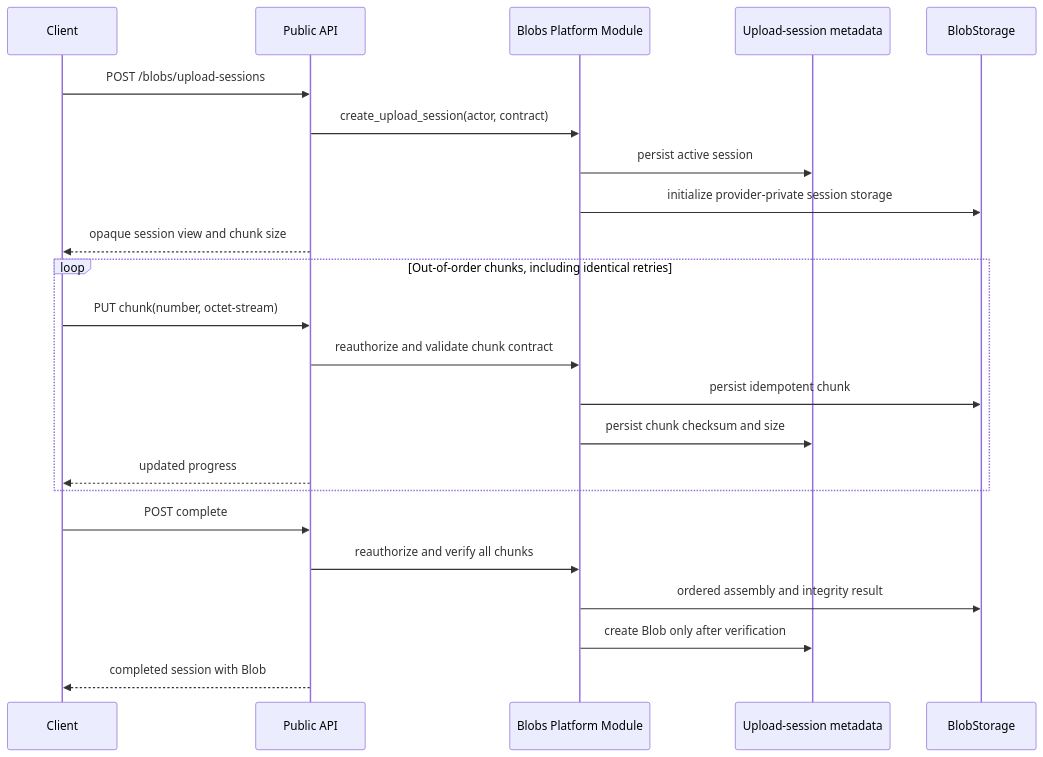
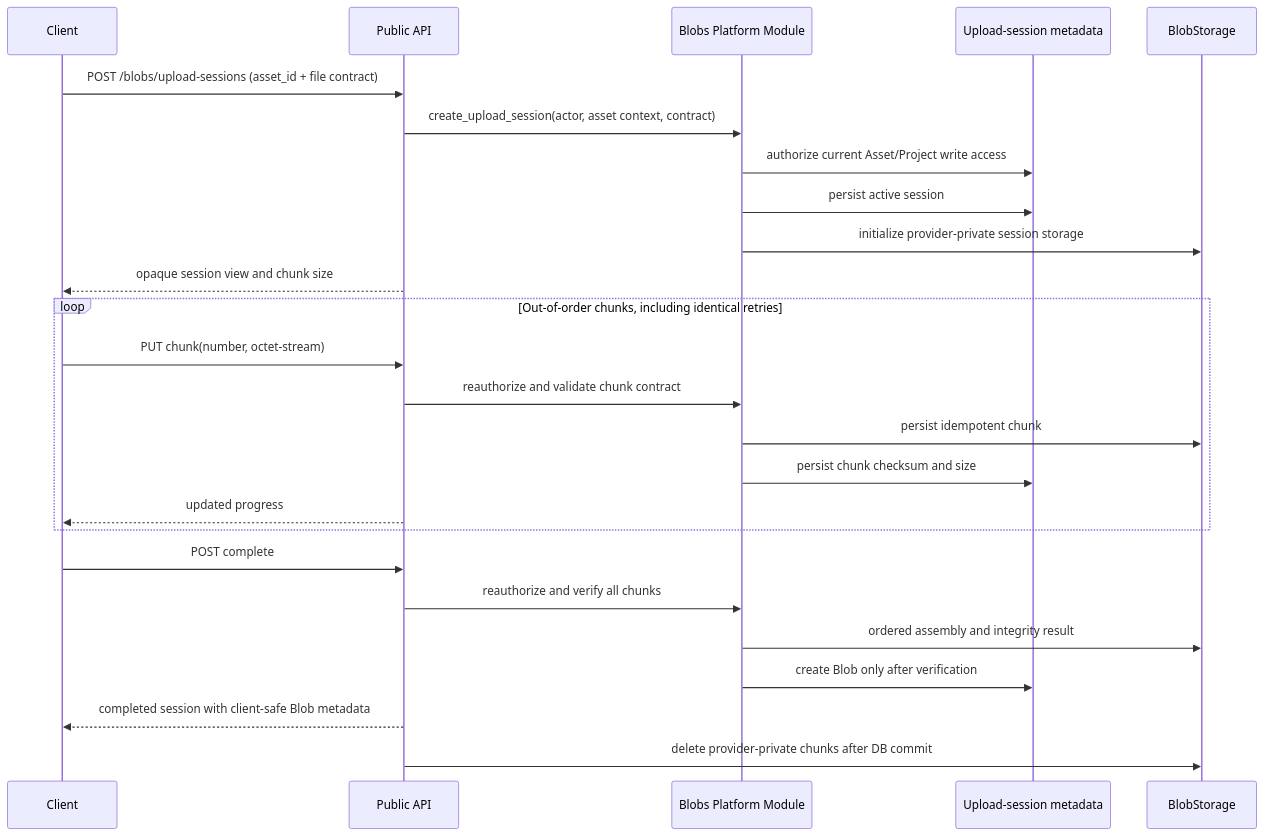
Before and after one commit to synkop360/OpenPDM: the eighth of 9 diagrams in docs/API_FLOWS.md, drawn with Mermaid. The commit also changed 10 other files, not shown here.

Commit message:
fix(blobs): bind transfers to asset authorization

````diff
--- a/docs/API_FLOWS.md
+++ b/docs/API_FLOWS.md
@@ -350,28 +350,30 @@
 ```mermaid
 sequenceDiagram
     participant Client
     participant API as Public API
     participant Blob as Blobs Platform Module
     participant DB as Upload-session metadata
     participant Store as BlobStorage
 
-    Client->>API: POST /blobs/upload-sessions
-    API->>Blob: create_upload_session(actor, contract)
+    Client->>API: POST /blobs/upload-sessions (asset_id + file contract)
+    API->>Blob: create_upload_session(actor, asset context, contract)
+    Blob->>DB: authorize current Asset/Project write access
     Blob->>DB: persist active session
     Blob->>Store: initialize provider-private session storage
     API-->>Client: opaque session view and chunk size
 
     loop Out-of-order chunks, including identical retries
         Client->>API: PUT chunk(number, octet-stream)
         API->>Blob: reauthorize and validate chunk contract
         Blob->>Store: persist idempotent chunk
         Blob->>DB: persist chunk checksum and size
         API-->>Client: updated progress
     end
 
     Client->>API: POST complete
     API->>Blob: reauthorize and verify all chunks
     Blob->>Store: ordered assembly and integrity result
     Blob->>DB: create Blob only after verification
-    API-->>Client: completed session with Blob
+    API-->>Client: completed session with client-safe Blob metadata
+    API->>Store: delete provider-private chunks after DB commit
 ```
````
